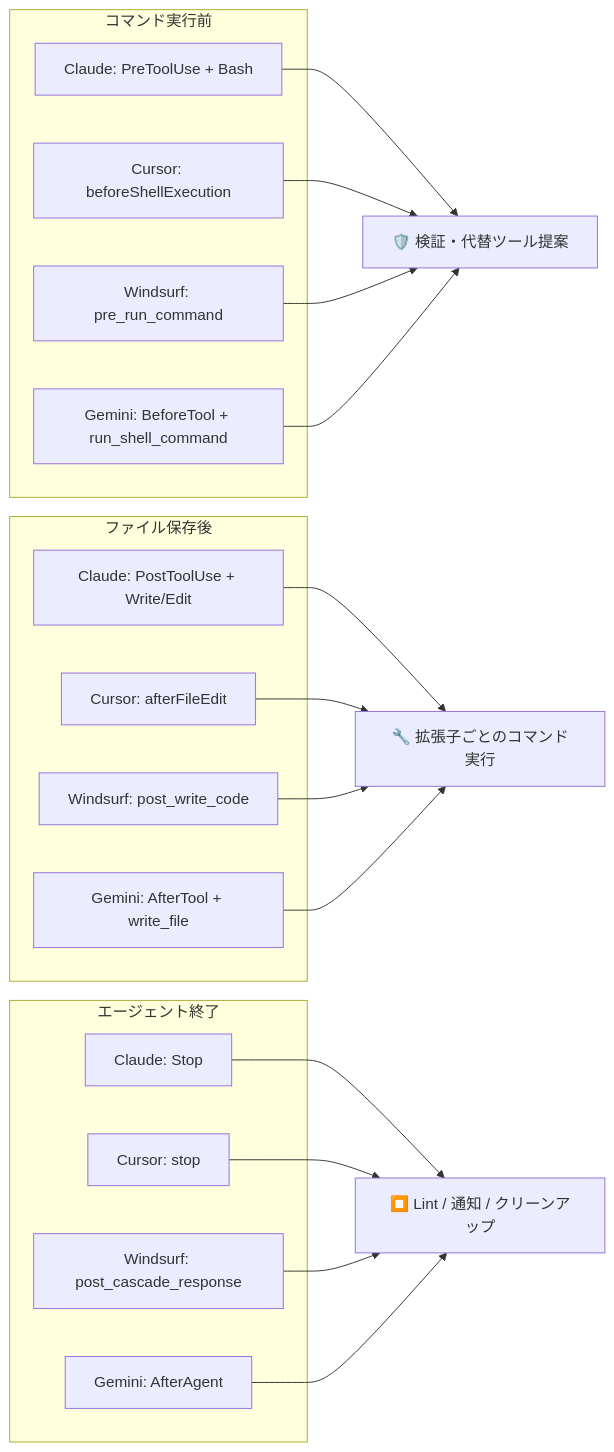
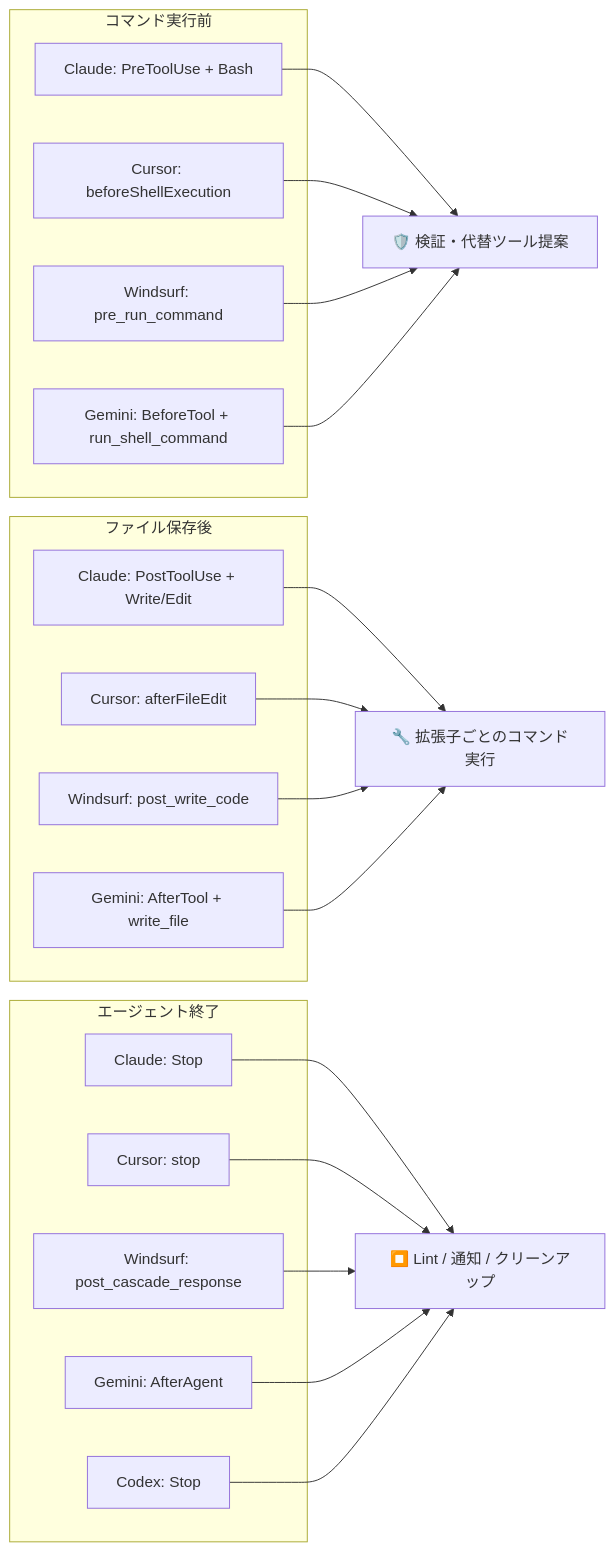
Before and after one commit to owayo/claw-hooks: the diagram in README.ja.md, drawn with Mermaid. The commit also changed other lines of this file and 4 other files, not shown here.

````diff
--- a/README.ja.md
+++ b/README.ja.md
@@ -833,38 +884,40 @@
 ```mermaid
 graph LR
     subgraph コマンド実行前
         CC1[Claude: PreToolUse + Bash]
         CU1[Cursor: beforeShellExecution]
         WS1[Windsurf: pre_run_command]
         GE1[Gemini: BeforeTool + run_shell_command]
     end
     CH1[🛡️ 検証・代替ツール提案]
     CC1 --> CH1
     CU1 --> CH1
     WS1 --> CH1
     GE1 --> CH1
 
     subgraph ファイル保存後
         CC2[Claude: PostToolUse + Write/Edit]
         CU2[Cursor: afterFileEdit]
         WS2[Windsurf: post_write_code]
         GE2[Gemini: AfterTool + write_file]
     end
     CH2[🔧 拡張子ごとのコマンド実行]
     CC2 --> CH2
     CU2 --> CH2
     WS2 --> CH2
     GE2 --> CH2
 
     subgraph エージェント終了
         CC3[Claude: Stop]
         CU3[Cursor: stop]
         WS3[Windsurf: post_cascade_response]
         GE3[Gemini: AfterAgent]
+        CX3[Codex: Stop]
     end
     CH3[⏹️ Lint / 通知 / クリーンアップ]
     CC3 --> CH3
     CU3 --> CH3
     WS3 --> CH3
     GE3 --> CH3
+    CX3 --> CH3
 ```
````
